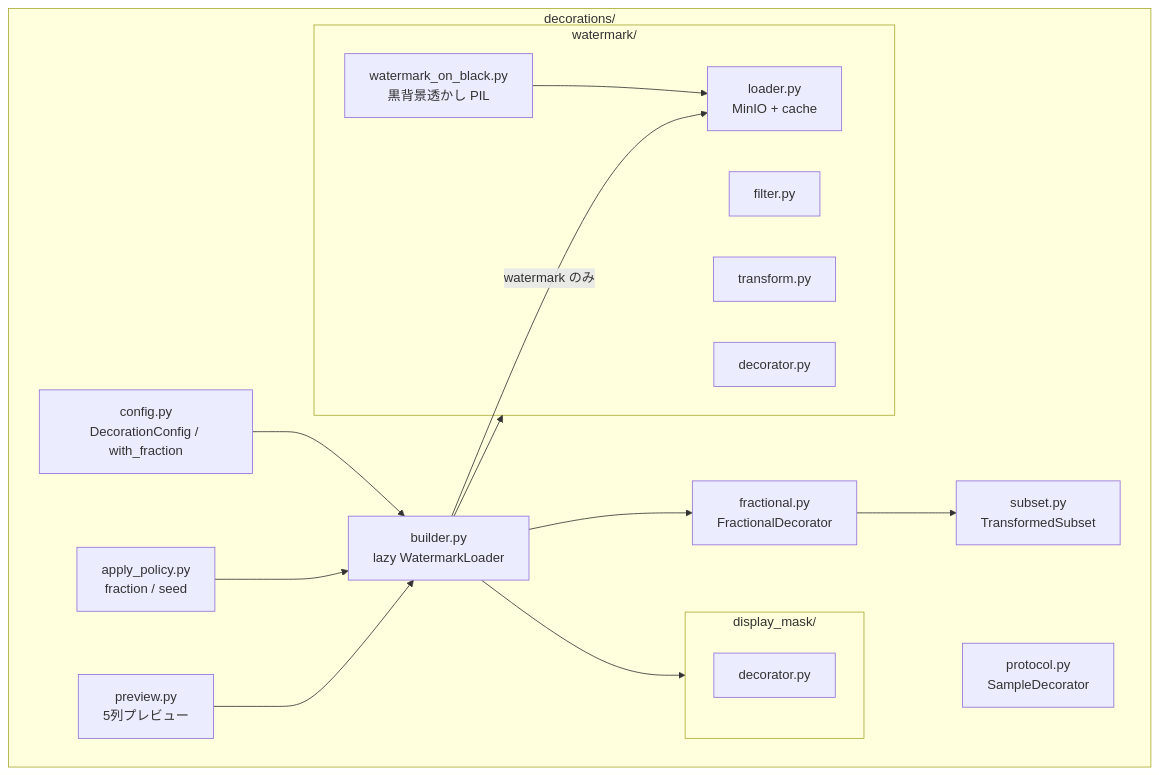
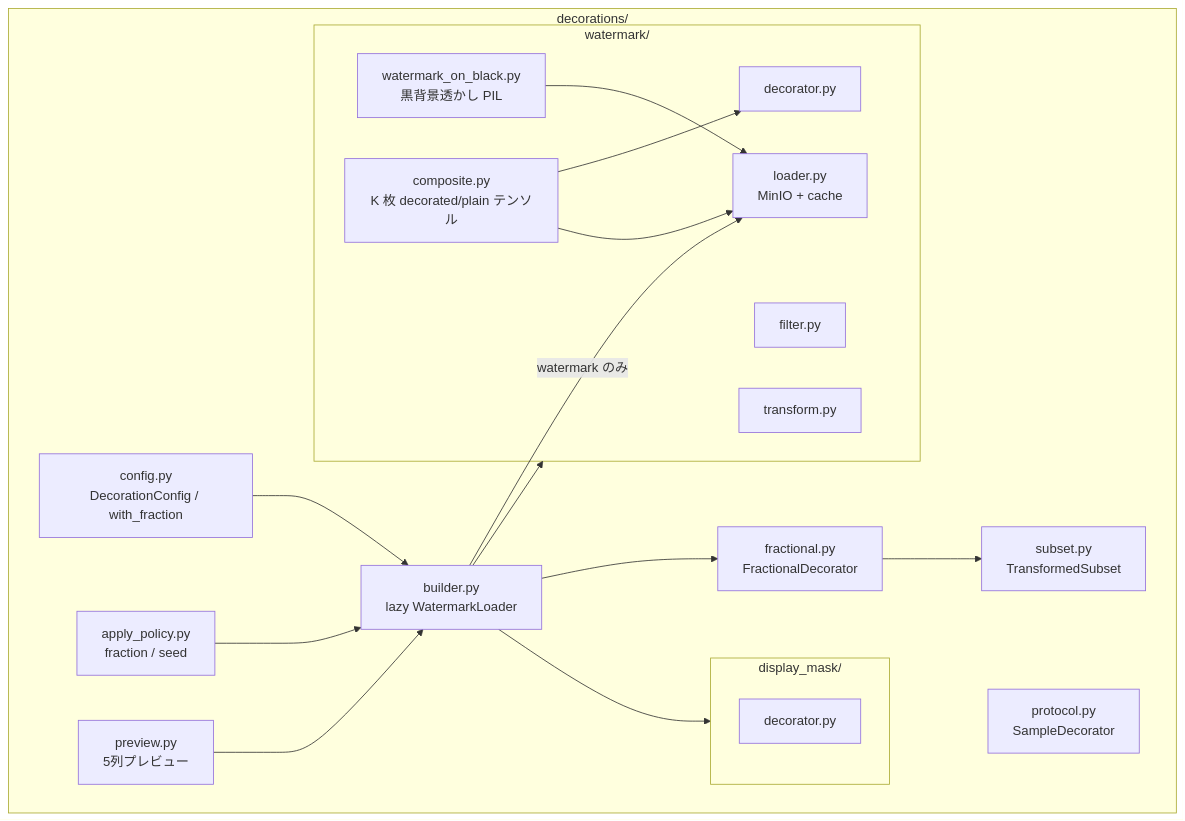
One commit to GoldenPoisonedApple/MIAOS changed the eighth of 14 diagrams in worker/docs/SPECIFICATION.md. Above: the diagram before and after it, drawn with Mermaid. The commit also changed other lines of this file, not shown here.

````diff
--- a/worker/docs/SPECIFICATION.md
+++ b/worker/docs/SPECIFICATION.md
@@ -262,31 +262,34 @@
 ```mermaid
 flowchart TB
     subgraph decorations [decorations/]
         protocol["protocol.py<br/>SampleDecorator"]
         config["config.py<br/>DecorationConfig / with_fraction"]
         apply["apply_policy.py<br/>fraction / seed"]
         fractional["fractional.py<br/>FractionalDecorator"]
         builder["builder.py<br/>lazy WatermarkLoader"]
         subset["subset.py<br/>TransformedSubset"]
         preview["preview.py<br/>5列プレビュー"]
         subgraph wm [watermark/]
             filter["filter.py"]
             transform["transform.py"]
             loader["loader.py<br/>MinIO + cache"]
             wdec["decorator.py"]
             onBlack["watermark_on_black.py<br/>黒背景透かし PIL"]
+            composite["composite.py<br/>K 枚 decorated/plain テンソル"]
         end
         subgraph dm [display_mask/]
             ddec["decorator.py"]
         end
     end
     config --> builder
     apply --> builder
     builder -->|"watermark のみ"| loader
     builder --> fractional
     builder --> wm
     builder --> dm
     preview --> builder
     onBlack --> loader
+    composite --> wdec
+    composite --> loader
     fractional --> subset
 ```
````
